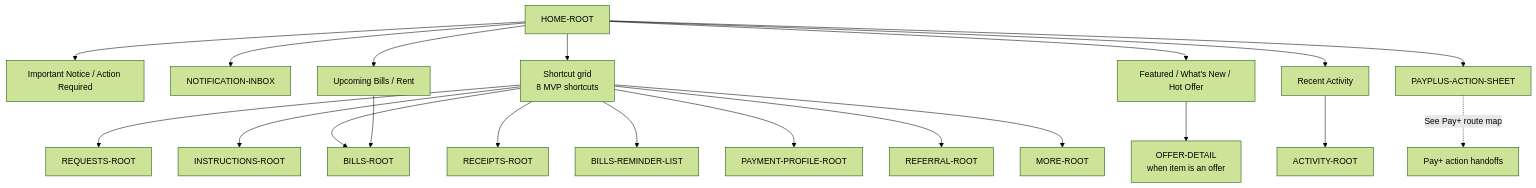
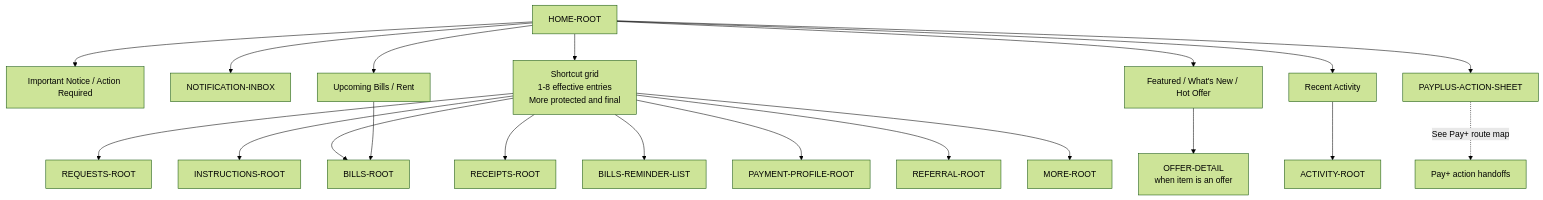
The diagram in docs/diagrams/routes/payplus-home-route-map.md (adminpayplus/payplus-docs), drawn with Mermaid (forest theme) before and after one commit. The commit also changed other lines of this file and 13 other files, not shown here.

Commit message:
docs: define More shortcut management route

````diff
--- a/docs/diagrams/routes/payplus-home-route-map.md
+++ b/docs/diagrams/routes/payplus-home-route-map.md
@@ -9,25 +9,25 @@
 ```mermaid
 flowchart TD
   HOME["HOME-ROOT"] --> NOTICE["Important Notice / Action Required"]
   HOME --> INBOX["NOTIFICATION-INBOX"]
-  HOME --> SHORTCUTS["Shortcut grid<br/>8 MVP shortcuts"]
+  HOME --> SHORTCUTS["Shortcut grid<br/>1-8 effective entries<br/>More protected and final"]
   HOME --> FEATURED["Featured / What's New / Hot Offer"]
   HOME --> UPCOMING["Upcoming Bills / Rent"]
   HOME --> RECENT["Recent Activity"]
 
   SHORTCUTS --> REQUESTS["REQUESTS-ROOT"]
   SHORTCUTS --> INSTRUCTIONS["INSTRUCTIONS-ROOT"]
   SHORTCUTS --> BILLS["BILLS-ROOT"]
   SHORTCUTS --> RECEIPTS["RECEIPTS-ROOT"]
   SHORTCUTS --> REMINDERS["BILLS-REMINDER-LIST"]
   SHORTCUTS --> PROFILE["PAYMENT-PROFILE-ROOT"]
   SHORTCUTS --> REFERRAL["REFERRAL-ROOT"]
   SHORTCUTS --> MORE["MORE-ROOT"]
 
   RECENT --> ACTIVITY["ACTIVITY-ROOT"]
   FEATURED --> OFFER["OFFER-DETAIL<br/>when item is an offer"]
   UPCOMING --> BILLS
 
   HOME --> PAYPLUS["PAYPLUS-ACTION-SHEET"]
   PAYPLUS -. "See Pay+ route map" .-> PAYPLUSHANDOFFS["Pay+ action handoffs"]
 ```
````
